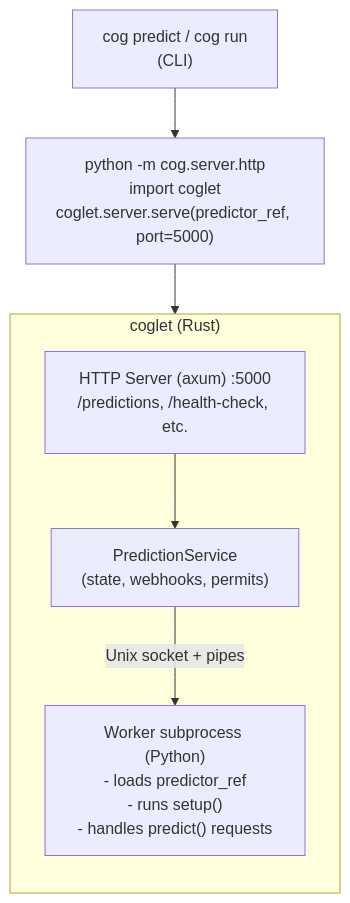
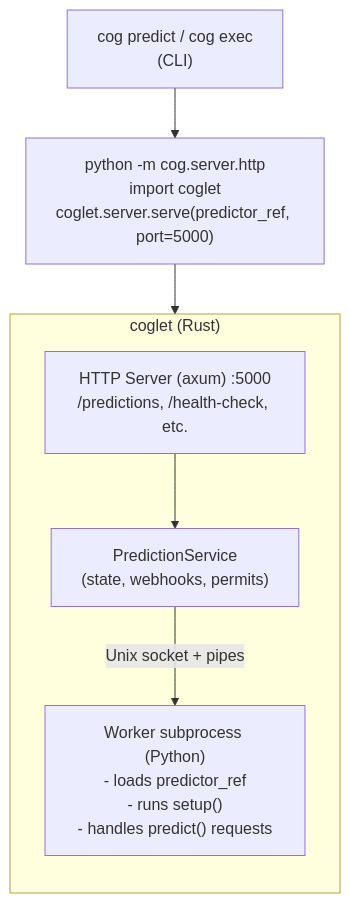
Before and after one commit to rdhanarot/cog: the seventh of 7 diagrams in architecture/04-container-runtime.md, drawn with Mermaid. The commit also changed 21 other files, not shown here.

First line of the commit message:
Rename `cog run` to `cog exec` (#2916)

````diff
--- a/architecture/04-container-runtime.md
+++ b/architecture/04-container-runtime.md
@@ -317,18 +317,18 @@
 ```mermaid
 flowchart TB
-    cli["cog predict / cog run\n(CLI)"]
+    cli["cog predict / cog exec\n(CLI)"]
 
     launcher["python -m cog.server.http\nimport coglet\ncoglet.server.serve(predictor_ref, port=5000)"]
 
     subgraph coglet_box ["coglet (Rust)"]
         direction TB
         axum["HTTP Server (axum) #colon;5000\n/predictions, /health-check, etc."]
         svc["PredictionService\n(state, webhooks, permits)"]
         worker_sub["Worker subprocess (Python)\n- loads predictor_ref\n- runs setup()\n- handles predict() requests"]
 
         axum --> svc
         svc -- "Unix socket + pipes" --> worker_sub
     end
 
     cli --> launcher --> coglet_box
 ```
````
